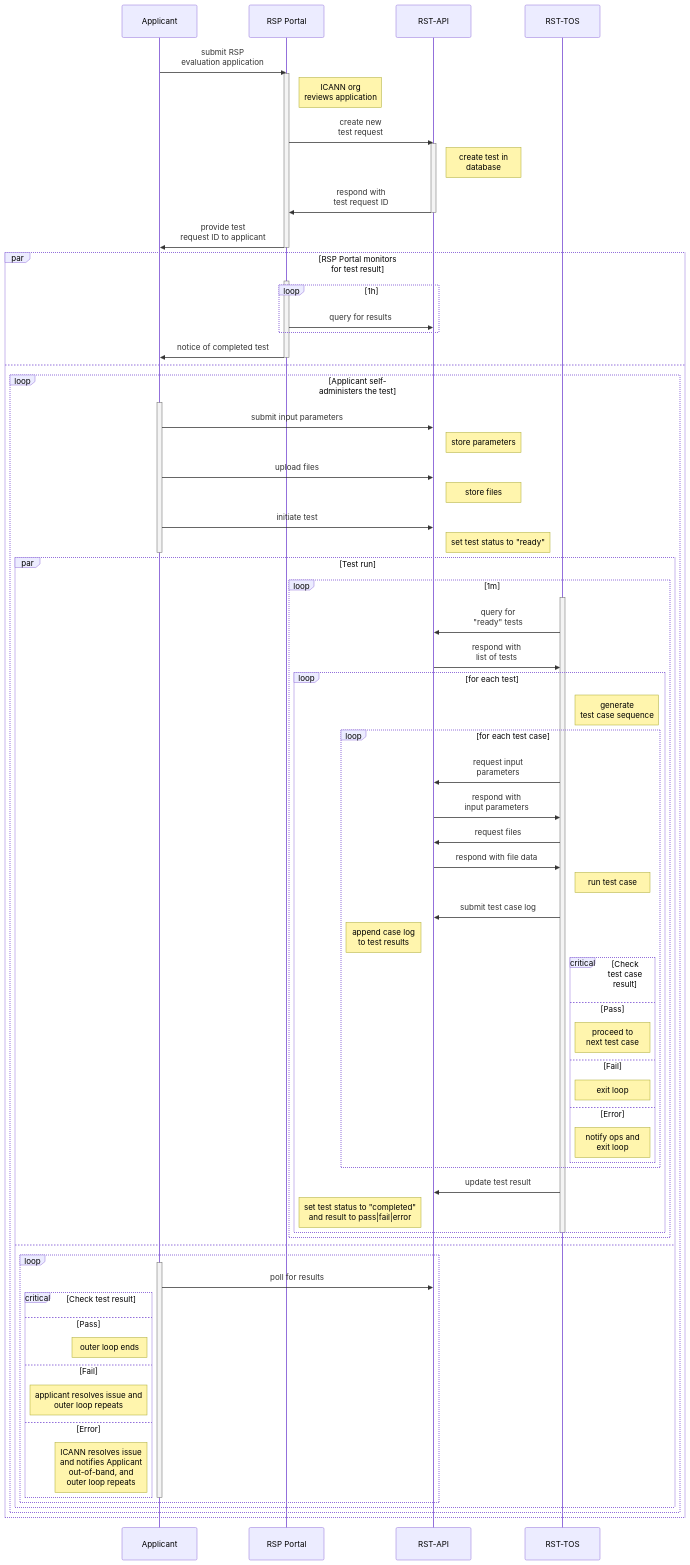
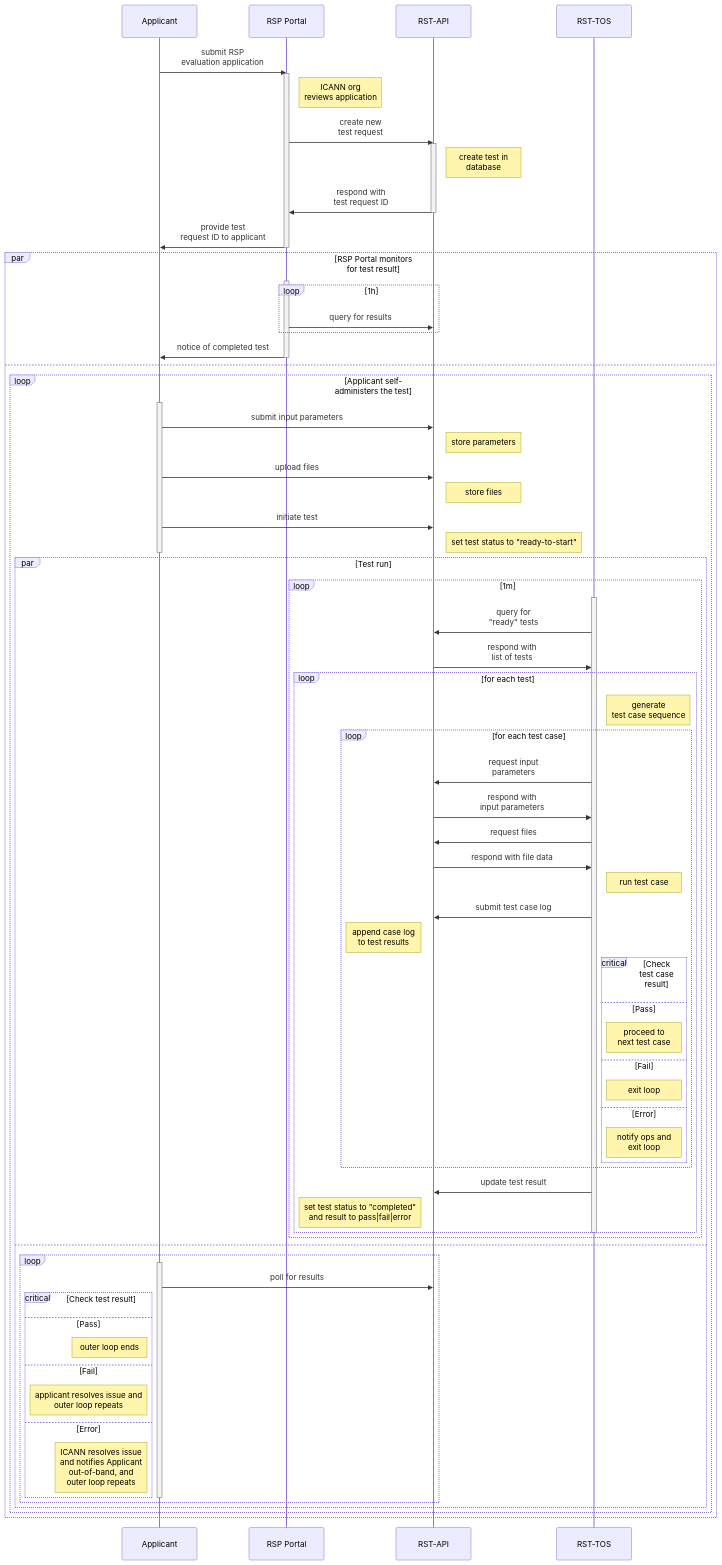
Before and after one commit to icann/rst-api-spec: the diagram in etc/workflow.mmd, drawn with Mermaid. The commit also changed 3 other files, not shown here.

Commit message:
update diagrams

```diff
--- a/etc/workflow.mmd
+++ b/etc/workflow.mmd
@@ -1,84 +1,84 @@
 sequenceDiagram
     Applicant->>RSP Portal: submit RSP<br>evaluation application
 
     Activate RSP Portal
 
     Note right of RSP Portal: ICANN org<br>reviews application
 
     RSP Portal->>RST-API: create new<br>test request
 
     Activate RST-API
     Note right of RST-API: create test in<br>database
     RST-API->>RSP Portal: respond with<br>test request ID
     Deactivate RST-API
 
     RSP Portal->>Applicant: provide test<br>request ID to applicant
 
     Deactivate RSP Portal
 
     par RSP Portal monitors<br>for test result
         Activate RSP Portal
 
         loop 1h
             RSP Portal->>RST-API: query for results
         end
 
         RSP Portal->>Applicant: notice of completed test
 
         Deactivate RSP Portal
     and
         loop Applicant self-<br>administers the test
             Activate Applicant
             Applicant->>RST-API: submit input parameters
             Note right of RST-API: store parameters
             Applicant->>RST-API: upload files
             Note right of RST-API: store files
             Applicant->>RST-API: initiate test
-            Note right of RST-API: set test status to "ready"
+            Note right of RST-API: set test status to "ready-to-start"
             Deactivate Applicant
             par Test run
                 loop 1m
                     Activate RST-TOS
                     RST-TOS->>RST-API: query for<br>"ready" tests
                     RST-API->>RST-TOS: respond with<br>list of tests
                     loop for each test
                         Note right of RST-TOS: generate<br>test case sequence
                         loop for each test case
                             RST-TOS->>RST-API: request input<br>parameters
                             RST-API->>RST-TOS: respond with<br>input parameters
                             RST-TOS->>RST-API: request files
                             RST-API->>RST-TOS: respond with file data
                             Note right of RST-TOS: run test case
                             RST-TOS->>RST-API: submit test case log
                             Note left of RST-API: append case log<br>to test results
                             critical Check test case result
                             option Pass
                                 note right of RST-TOS: proceed to<br>next test case
                             option Fail
                                 note right of RST-TOS: exit loop
                             option Error
                                 note right of RST-TOS: notify ops and <br>exit loop
                             end
                         end
                         RST-TOS->>RST-API: update test result
                         Note left of RST-API: set test status to "completed"<br>and result to pass|fail|error
                     end
                     Deactivate RST-TOS
                 end
             and
                 loop
                     Activate Applicant
                     Applicant->>RST-API: poll for results
                     critical Check test result
                     option Pass
                         Note left of Applicant: outer loop ends
                     option Fail
                         note left of Applicant: applicant resolves issue and<br>outer loop repeats
                     option Error
                         Note left of Applicant: ICANN resolves issue<br>and notifies Applicant<br>out-of-band, and<br>outer loop repeats
                     end
                     Deactivate Applicant
                 end
             end
         end
     end
```
